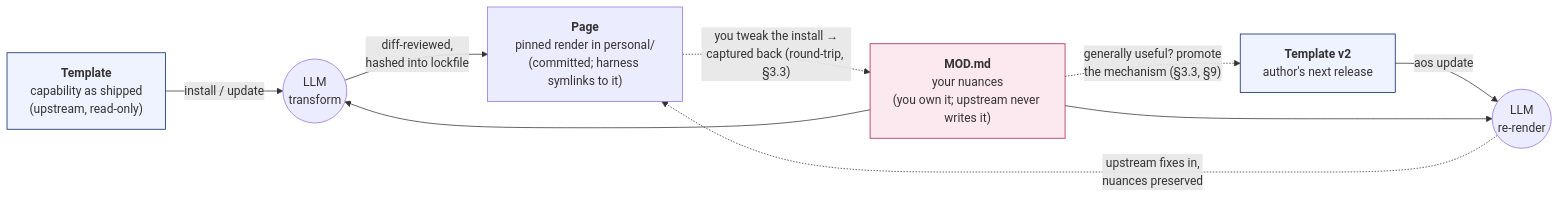
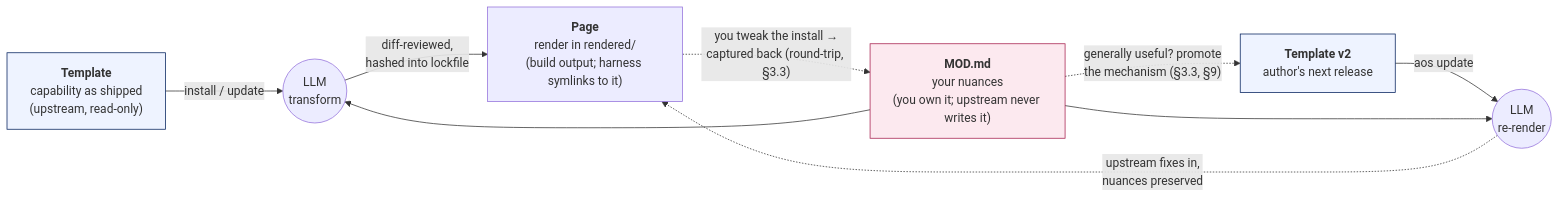
Before and after one commit to AlmogBaku/aos: the second of 4 diagrams in ARCHITECTURE.md, drawn with Mermaid. The commit also changed other lines of this file and 4 other files, not shown here.

````diff
--- a/ARCHITECTURE.md
+++ b/ARCHITECTURE.md
@@ -353,19 +355,19 @@
 ```mermaid
 flowchart LR
     T["<b>Template</b><br/>capability as shipped<br/>(upstream, read-only)"]
     M["<b>MOD.md</b><br/>your nuances<br/>(you own it; upstream never writes it)"]
-    P["<b>Page</b><br/>pinned render in personal/<br/>(committed; harness symlinks to it)"]
+    P["<b>Page</b><br/>render in rendered/<br/>(build output; harness symlinks to it)"]
 
     T -->|"install / update"| X(("LLM<br/>transform"))
     M --> X
     X -->|"diff-reviewed,<br/>hashed into lockfile"| P
     P -.->|"you tweak the install →<br/>captured back (round-trip, §3.3)"| M
     M -.->|"generally useful? promote<br/>the mechanism (§3.3, §9)"| T2
     T2["<b>Template v2</b><br/>author's next release"] -->|"aos update"| Y(("LLM<br/>re-render"))
     M --> Y
     Y -.->|"upstream fixes in,<br/>nuances preserved"| P
 
     style M fill:#FCE9EF,stroke:#A61E4D
     style T fill:#EEF3FF,stroke:#001F5C
     style T2 fill:#EEF3FF,stroke:#001F5C
 ```
````
